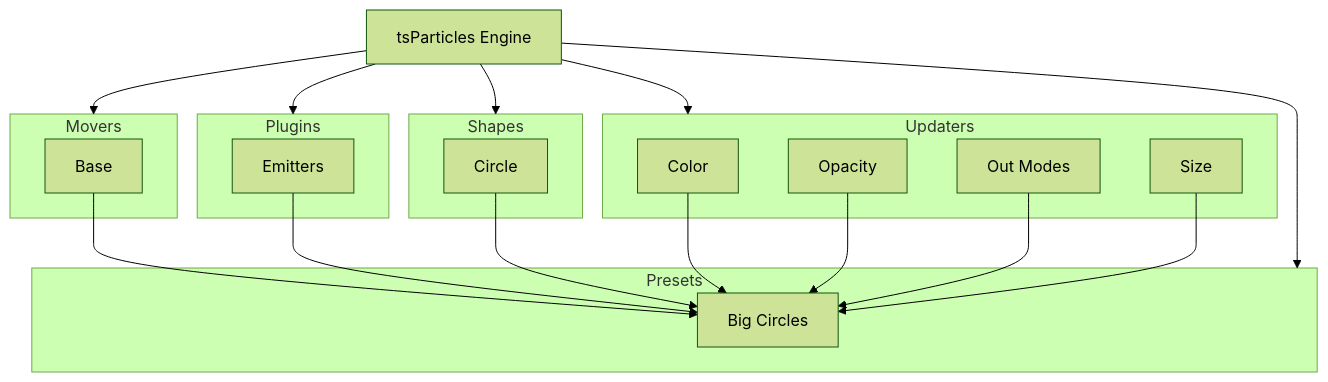
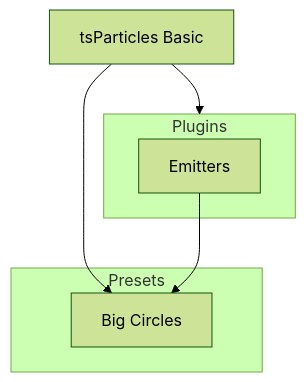
The diagram in presets/bigCircles/README.md (tsparticles/presets), drawn with Mermaid (forest theme) before and after one commit. The commit also changed 35 other files, not shown here.

Commit message:
feat: added squares preset build: updated all mermaid charts

````diff
--- a/presets/bigCircles/README.md
+++ b/presets/bigCircles/README.md
@@ -164,39 +164,15 @@
 ```mermaid
 flowchart TD
-
-subgraph m [Movers]
-mb[Base]
-end
-
-e[tsParticles Engine] --> m
 
 subgraph pl [Plugins]
 ple[Emitters]
 end
 
-e --> pl
-
-subgraph s [Shapes]
-sc[Circle]
-end
-
-e --> s
-
-subgraph u [Updaters]
-uc[Color]
-uop[Opacity]
-uou[Out Modes]
-usi[Size]
-
-end
-
-e --> u
+bb[tsParticles Basic] --> pl
 
 subgraph pr [Presets]
 prbi[Big Circles]
 end
 
-e --> pr
-
-mb & ple & sc & uc & uop & uou & usi --> prbi
+bb & ple --> prbi
 ```
````
